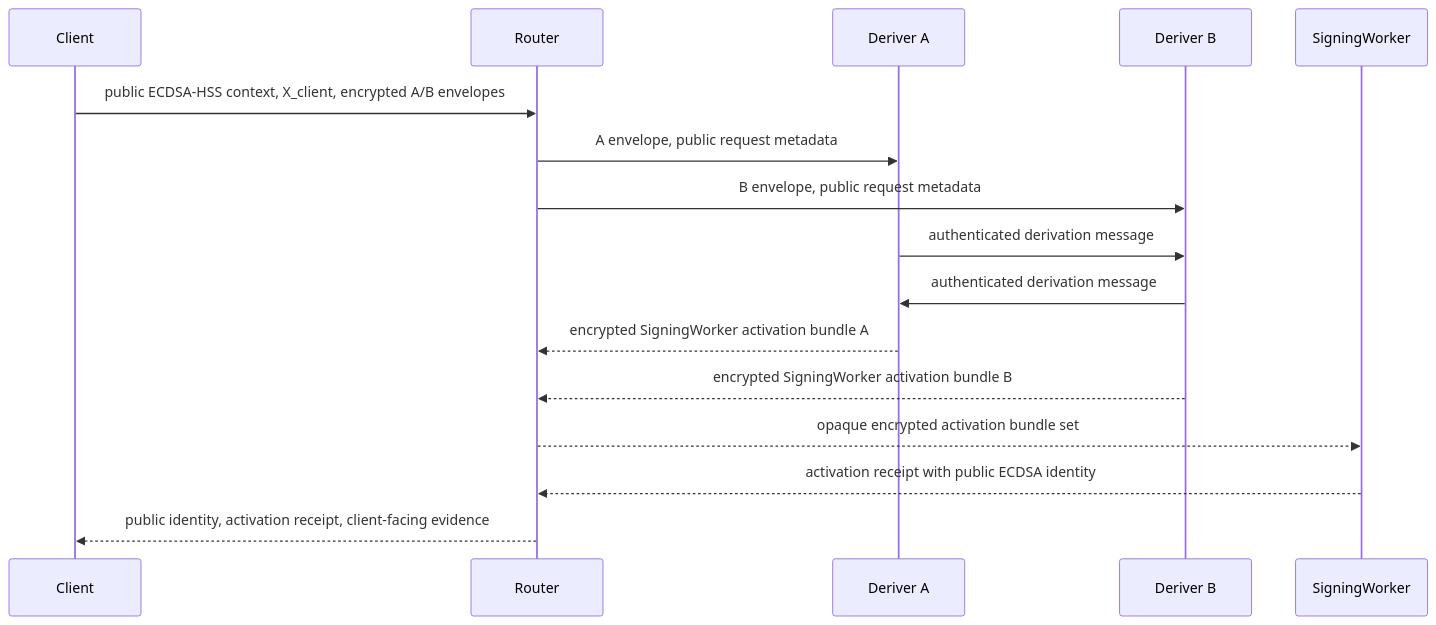
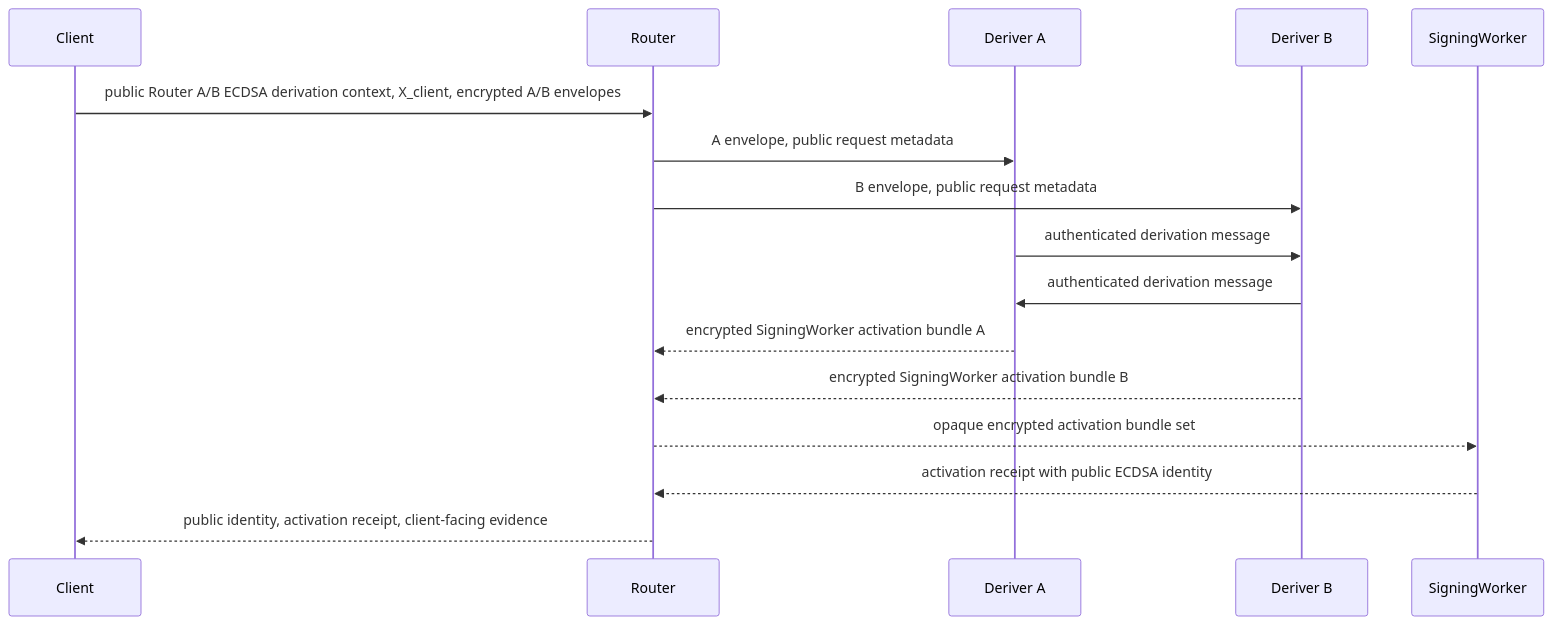
One commit to seams-tech/seams-sdk changed diagram 16 of 22 in docs/router-a-b-SPEC.md. Above: the diagram before and after it, drawn with Mermaid. The commit also changed other lines of this file and 20 other files, not shown here.

````diff
--- a/docs/router-a-b-SPEC.md
+++ b/docs/router-a-b-SPEC.md
@@ -1363,19 +1362,19 @@
 ```mermaid
 sequenceDiagram
   participant C as Client
   participant R as Router
   participant A as Deriver A
   participant B as Deriver B
   participant SW as SigningWorker
 
-  C->>R: public ECDSA-HSS context, X_client, encrypted A/B envelopes
+  C->>R: public Router A/B ECDSA derivation context, X_client, encrypted A/B envelopes
   R->>A: A envelope, public request metadata
   R->>B: B envelope, public request metadata
   A->>B: authenticated derivation message
   B->>A: authenticated derivation message
   A-->>R: encrypted SigningWorker activation bundle A
   B-->>R: encrypted SigningWorker activation bundle B
   R-->>SW: opaque encrypted activation bundle set
   SW-->>R: activation receipt with public ECDSA identity
   R-->>C: public identity, activation receipt, client-facing evidence
 ```
````
